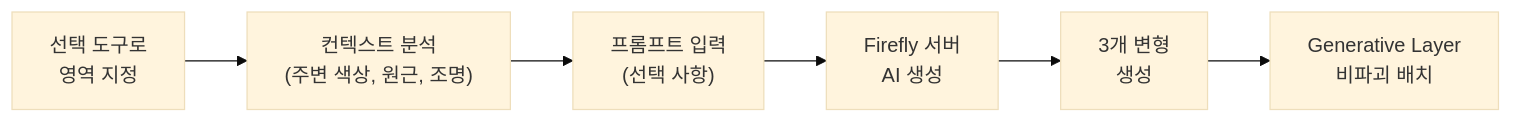
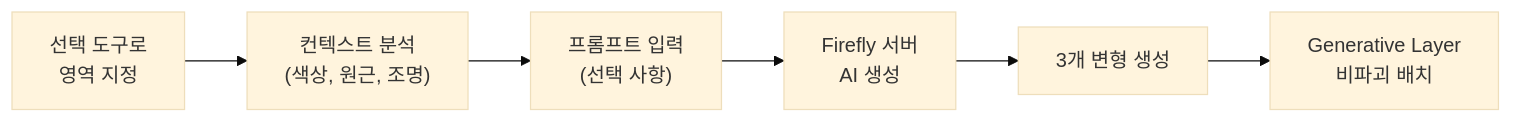
One commit to jsonpassion/forge-tutorial-promptcanvas changed the first of 3 diagrams in 09-ch9-adobe-photoshop-firefly-리터치-워크플로우/02-02-photoshop-generative-fill-마스터.md. Above: the diagram before and after it, drawn with Mermaid (base theme). The commit also changed other lines of this file and 63 other files, not shown here.

````diff
--- a/09-ch9-adobe-photoshop-firefly-리터치-워크플로우/02-02-photoshop-generative-fill-마스터.md
+++ b/09-ch9-adobe-photoshop-firefly-리터치-워크플로우/02-02-photoshop-generative-fill-마스터.md
@@ -36,8 +13,8 @@
 ```mermaid
 flowchart LR
-    A["선택 도구로<br/>영역 지정"] --> B["컨텍스트 분석<br/>(주변 색상, 원근, 조명)"]
+    A["선택 도구로<br/>영역 지정"] --> B["컨텍스트 분석<br/>(색상, 원근, 조명)"]
     B --> C["프롬프트 입력<br/>(선택 사항)"]
     C --> D["Firefly 서버<br/>AI 생성"]
-    D --> E["3개 변형<br/>생성"]
+    D --> E["3개 변형 생성"]
     E --> F["Generative Layer<br/>비파괴 배치"]
 ```
````
